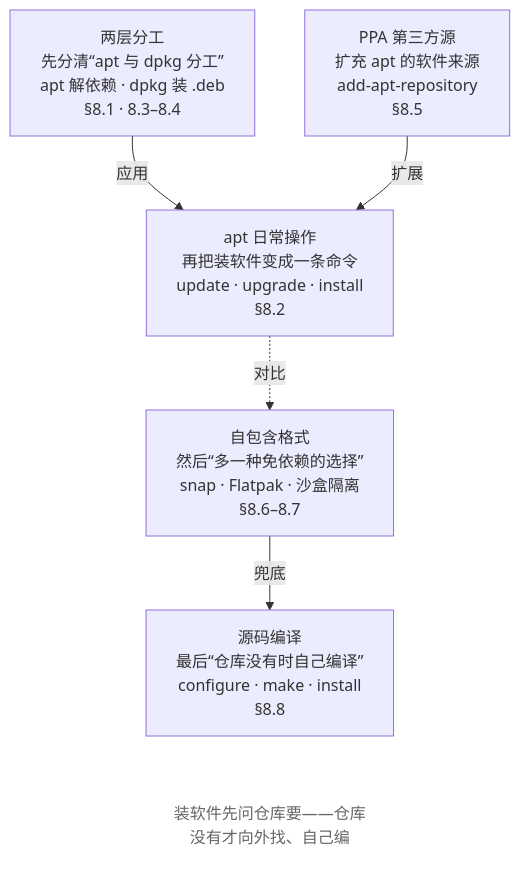
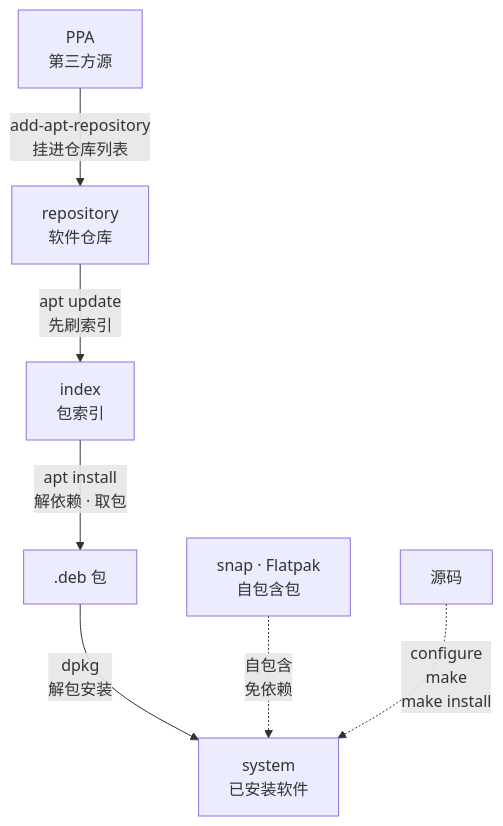
The first of 2 diagrams in src/linux-command/ch08.md (wangxiangnan/wangxiangnan.github.io), drawn with Mermaid before and after one commit. The commit also changed other lines of this file and 15 other files, not shown here.

````diff
--- a/src/linux-command/ch08.md
+++ b/src/linux-command/ch08.md
@@ -14,18 +14,16 @@
 ```mermaid
 flowchart TB
-    A["两层分工<br>先分清“apt 与 dpkg 分工”<br>apt 解依赖 · dpkg 装 .deb<br>§8.1 · 8.3–8.4"]
-    B["apt 日常操作<br>再把装软件变成一条命令<br>update · upgrade · install<br>§8.2"]
-    C["PPA 第三方源<br>扩充 apt 的软件来源<br>add-apt-repository<br>§8.5"]
-    D["自包含格式<br>然后“多一种免依赖的选择”<br>snap · Flatpak · 沙盒隔离<br>§8.6–8.7"]
-    E["源码编译<br>最后“仓库没有时自己编译”<br>configure · make · install<br>§8.8"]
-    NOTE["装软件先问仓库要——仓库没有才向外找、自己编"]
-
-    A -->|应用| B
-    C -->|扩展| B
-    B -.->|对比| D
-    D -->|兜底| E
-    E ~~~ NOTE
-
-    classDef note fill:none,stroke:none,color:#666
-    class NOTE note
+    R["repository<br>软件仓库"]
+    PPA["PPA<br>第三方源"]
+    I["index<br>包索引"]
+    P[".deb 包"]
+    SYS["system<br>已安装软件"]
+    SNAP["snap · Flatpak<br>自包含包"]
+    SRC["源码"]
+    PPA -->|"add-apt-repository<br>挂进仓库列表"| R
+    R -->|"apt update<br>先刷索引"| I
+    I -->|"apt install<br>解依赖 · 取包"| P
+    P -->|"dpkg<br>解包安装"| SYS
+    SNAP -.->|"自包含<br>免依赖"| SYS
+    SRC -.->|"configure<br>make<br>make install"| SYS
 ```
````
